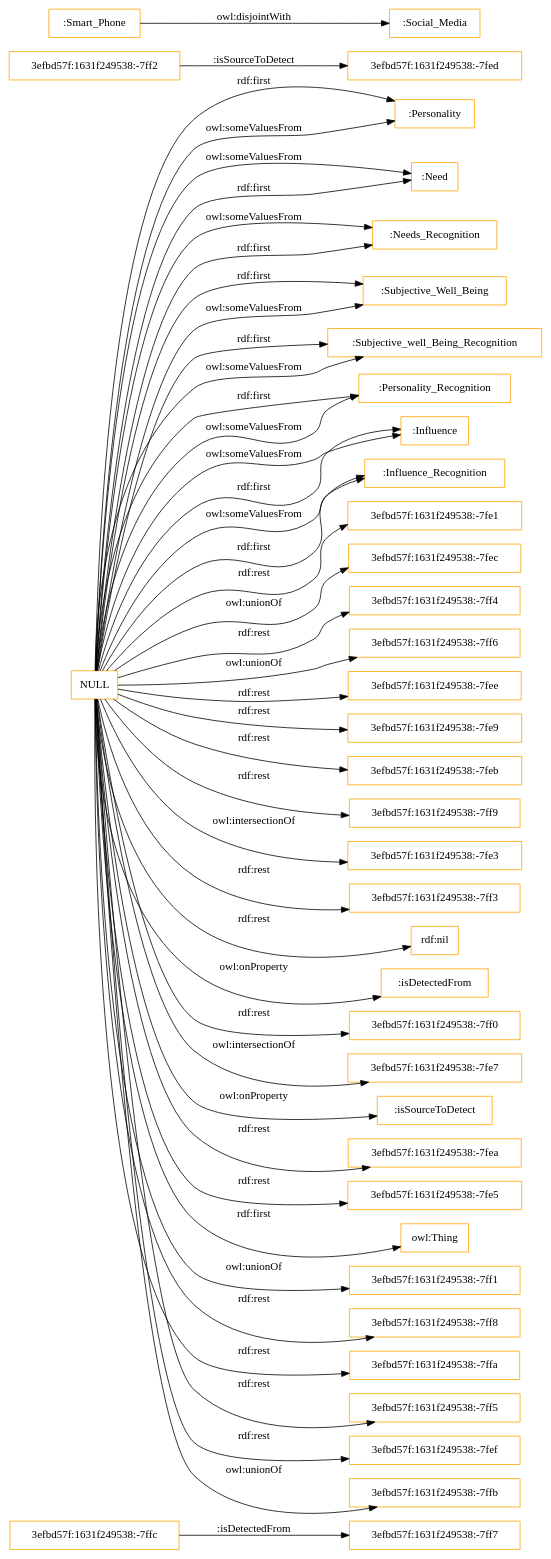
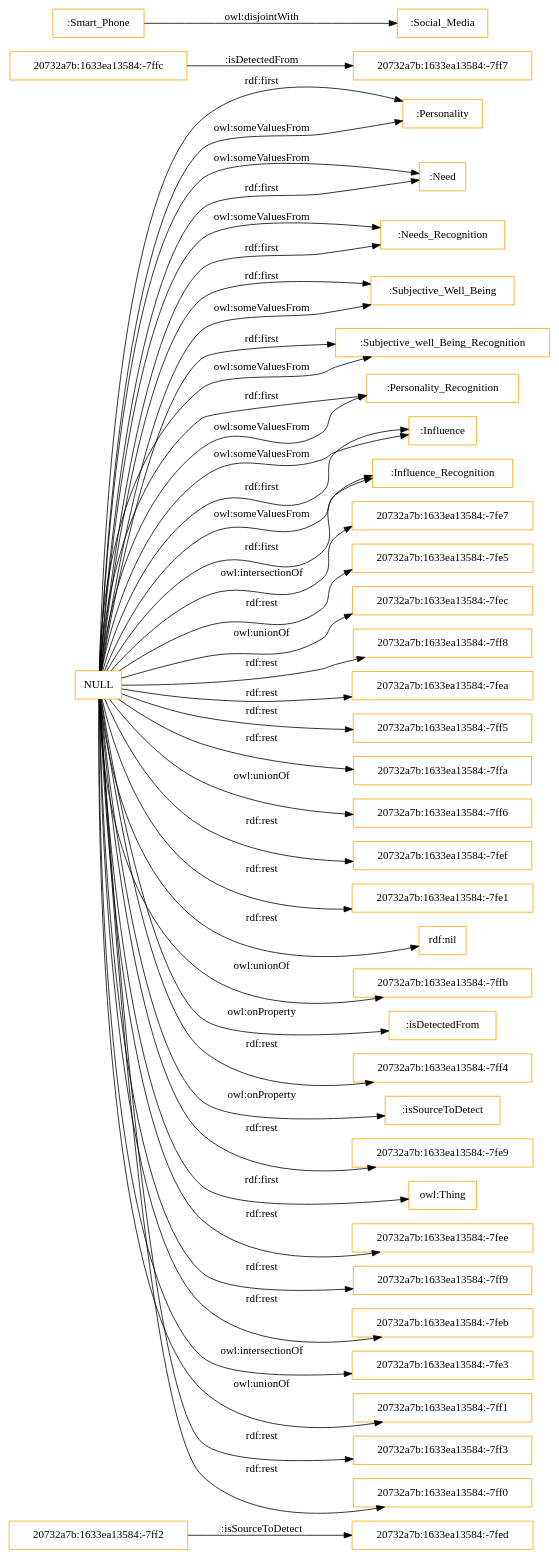
Before and after one commit to rana-othman/HASIO-Modularization: the diagram in OnToology/Influence_Recognition_Module.owl/diagrams/ar2dtool-class/Influence_Recognition_Module.owl.png.dot, drawn with Graphviz. The commit also changed 31 other files, not shown here.

```diff
--- a/OnToology/Influence_Recognition_Module.owl/diagrams/ar2dtool-class/Influence_Recognition_Module.owl.png.dot
+++ b/OnToology/Influence_Recognition_Module.owl/diagrams/ar2dtool-class/Influence_Recognition_Module.owl.png.dot
@@ -1,49 +1,49 @@
 digraph ar2dtool_diagram { 
 rankdir=LR;
 size="1501"
-node [shape = rectangle, color="orange"]; "3efbd57f:1631f249538:-7ff7" ":Personality" ":Need" "3efbd57f:1631f249538:-7fed" ":Needs_Recognition" ":Subjective_Well_Being" ":Subjective_well_Being_Recognition" ":Personality_Recognition" ":Influence" "3efbd57f:1631f249538:-7ffc" ":Smart_Phone" ":Social_Media" "3efbd57f:1631f249538:-7ff2" ":Influence_Recognition" ; /*classes style*/
+node [shape = rectangle, color="orange"]; "20732a7b:1633ea13584:-7ff2" ":Personality" ":Need" ":Needs_Recognition" ":Subjective_Well_Being" "20732a7b:1633ea13584:-7ffc" ":Subjective_well_Being_Recognition" ":Personality_Recognition" ":Influence" "20732a7b:1633ea13584:-7ff7" "20732a7b:1633ea13584:-7fed" ":Smart_Phone" ":Social_Media" ":Influence_Recognition" ; /*classes style*/
 	"NULL" -> ":Personality_Recognition" [ label = "rdf:first" ];
+	"NULL" -> "20732a7b:1633ea13584:-7fe7" [ label = "owl:intersectionOf" ];
 	"NULL" -> ":Personality" [ label = "rdf:first" ];
-	"NULL" -> "3efbd57f:1631f249538:-7fe1" [ label = "rdf:rest" ];
-	"NULL" -> "3efbd57f:1631f249538:-7fec" [ label = "owl:unionOf" ];
-	"NULL" -> "3efbd57f:1631f249538:-7ff4" [ label = "rdf:rest" ];
+	"NULL" -> "20732a7b:1633ea13584:-7fe5" [ label = "rdf:rest" ];
+	"NULL" -> "20732a7b:1633ea13584:-7fec" [ label = "owl:unionOf" ];
+	"NULL" -> "20732a7b:1633ea13584:-7ff8" [ label = "rdf:rest" ];
+	"NULL" -> "20732a7b:1633ea13584:-7fea" [ label = "rdf:rest" ];
 	"NULL" -> ":Subjective_Well_Being" [ label = "rdf:first" ];
 	"NULL" -> ":Personality_Recognition" [ label = "owl:someValuesFrom" ];
+	"NULL" -> "20732a7b:1633ea13584:-7ff5" [ label = "rdf:rest" ];
 	"NULL" -> ":Need" [ label = "owl:someValuesFrom" ];
-	"NULL" -> "3efbd57f:1631f249538:-7ff6" [ label = "owl:unionOf" ];
 	"NULL" -> ":Influence" [ label = "owl:someValuesFrom" ];
-	"NULL" -> "3efbd57f:1631f249538:-7fee" [ label = "rdf:rest" ];
+	"NULL" -> "20732a7b:1633ea13584:-7ffa" [ label = "rdf:rest" ];
+	"NULL" -> "20732a7b:1633ea13584:-7ff6" [ label = "owl:unionOf" ];
 	"NULL" -> ":Influence_Recognition" [ label = "owl:someValuesFrom" ];
-	"NULL" -> "3efbd57f:1631f249538:-7fe9" [ label = "rdf:rest" ];
 	"NULL" -> ":Personality" [ label = "owl:someValuesFrom" ];
-	"NULL" -> "3efbd57f:1631f249538:-7feb" [ label = "rdf:rest" ];
 	"NULL" -> ":Needs_Recognition" [ label = "owl:someValuesFrom" ];
-	"NULL" -> "3efbd57f:1631f249538:-7ff9" [ label = "rdf:rest" ];
-	"NULL" -> "3efbd57f:1631f249538:-7fe3" [ label = "owl:intersectionOf" ];
-	"NULL" -> "3efbd57f:1631f249538:-7ff3" [ label = "rdf:rest" ];
+	"NULL" -> "20732a7b:1633ea13584:-7fef" [ label = "rdf:rest" ];
+	"NULL" -> "20732a7b:1633ea13584:-7fe1" [ label = "rdf:rest" ];
 	"NULL" -> "rdf:nil" [ label = "rdf:rest" ];
+	"NULL" -> "20732a7b:1633ea13584:-7ffb" [ label = "owl:unionOf" ];
 	"NULL" -> ":isDetectedFrom" [ label = "owl:onProperty" ];
-	"NULL" -> "3efbd57f:1631f249538:-7ff0" [ label = "rdf:rest" ];
+	"NULL" -> "20732a7b:1633ea13584:-7ff4" [ label = "rdf:rest" ];
 	"NULL" -> ":Subjective_well_Being_Recognition" [ label = "rdf:first" ];
-	"NULL" -> "3efbd57f:1631f249538:-7fe7" [ label = "owl:intersectionOf" ];
 	"NULL" -> ":isSourceToDetect" [ label = "owl:onProperty" ];
 	"NULL" -> ":Need" [ label = "rdf:first" ];
-	"NULL" -> "3efbd57f:1631f249538:-7fea" [ label = "rdf:rest" ];
-	"NULL" -> "3efbd57f:1631f249538:-7fe5" [ label = "rdf:rest" ];
+	"NULL" -> "20732a7b:1633ea13584:-7fe9" [ label = "rdf:rest" ];
 	"NULL" -> "owl:Thing" [ label = "rdf:first" ];
-	"NULL" -> "3efbd57f:1631f249538:-7ff1" [ label = "owl:unionOf" ];
-	"NULL" -> "3efbd57f:1631f249538:-7ff8" [ label = "rdf:rest" ];
+	"NULL" -> "20732a7b:1633ea13584:-7fee" [ label = "rdf:rest" ];
 	"NULL" -> ":Subjective_well_Being_Recognition" [ label = "owl:someValuesFrom" ];
-	"NULL" -> "3efbd57f:1631f249538:-7ffa" [ label = "rdf:rest" ];
-	"NULL" -> "3efbd57f:1631f249538:-7ff5" [ label = "rdf:rest" ];
+	"NULL" -> "20732a7b:1633ea13584:-7ff9" [ label = "rdf:rest" ];
+	"NULL" -> "20732a7b:1633ea13584:-7feb" [ label = "rdf:rest" ];
+	"NULL" -> "20732a7b:1633ea13584:-7fe3" [ label = "owl:intersectionOf" ];
 	"NULL" -> ":Influence" [ label = "rdf:first" ];
+	"NULL" -> "20732a7b:1633ea13584:-7ff1" [ label = "owl:unionOf" ];
+	"NULL" -> "20732a7b:1633ea13584:-7ff3" [ label = "rdf:rest" ];
 	"NULL" -> ":Needs_Recognition" [ label = "rdf:first" ];
-	"NULL" -> "3efbd57f:1631f249538:-7fef" [ label = "rdf:rest" ];
-	"NULL" -> "3efbd57f:1631f249538:-7ffb" [ label = "owl:unionOf" ];
+	"NULL" -> "20732a7b:1633ea13584:-7ff0" [ label = "rdf:rest" ];
 	"NULL" -> ":Subjective_Well_Being" [ label = "owl:someValuesFrom" ];
 	"NULL" -> ":Influence_Recognition" [ label = "rdf:first" ];
 	":Smart_Phone" -> ":Social_Media" [ label = "owl:disjointWith" ];
-	"3efbd57f:1631f249538:-7ffc" -> "3efbd57f:1631f249538:-7ff7" [ label = ":isDetectedFrom" ];
-	"3efbd57f:1631f249538:-7ff2" -> "3efbd57f:1631f249538:-7fed" [ label = ":isSourceToDetect" ];
+	"20732a7b:1633ea13584:-7ffc" -> "20732a7b:1633ea13584:-7ff7" [ label = ":isDetectedFrom" ];
+	"20732a7b:1633ea13584:-7ff2" -> "20732a7b:1633ea13584:-7fed" [ label = ":isSourceToDetect" ];
 
 }
```
